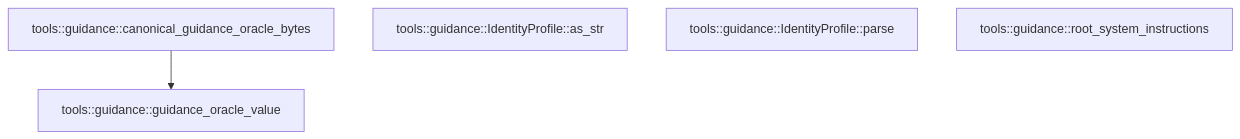
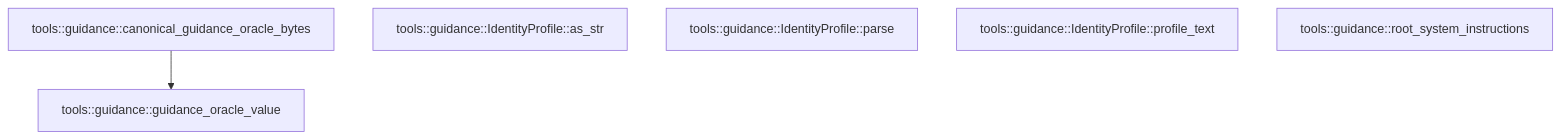
Before and after one commit to TekesApps/TekesKernel: the diagram in crates/tools/docs/generated/src--guidance.md, drawn with Mermaid. The commit also changed other lines of this file and 50 other files, not shown here.

First line of the commit message:
Split the system prompt: shared general efficiency rules for every profile (#56)

````diff
--- a/crates/tools/docs/generated/src--guidance.md
+++ b/crates/tools/docs/generated/src--guidance.md
@@ -47,9 +51,10 @@
 ```mermaid
 flowchart TD
-  n0["tools::guidance::canonical_guidance_oracle_bytes"]
-  n1["tools::guidance::IdentityProfile::as_str"]
-  n2["tools::guidance::IdentityProfile::parse"]
-  n3["tools::guidance::root_system_instructions"]
-  n4["tools::guidance::guidance_oracle_value"]
-  n0 --> n4
+  n0["tools::guidance::guidance_oracle_value"]
+  n1["tools::guidance::canonical_guidance_oracle_bytes"]
+  n2["tools::guidance::IdentityProfile::as_str"]
+  n3["tools::guidance::IdentityProfile::parse"]
+  n4["tools::guidance::IdentityProfile::profile_text"]
+  n5["tools::guidance::root_system_instructions"]
+  n1 --> n0
 ```
````
